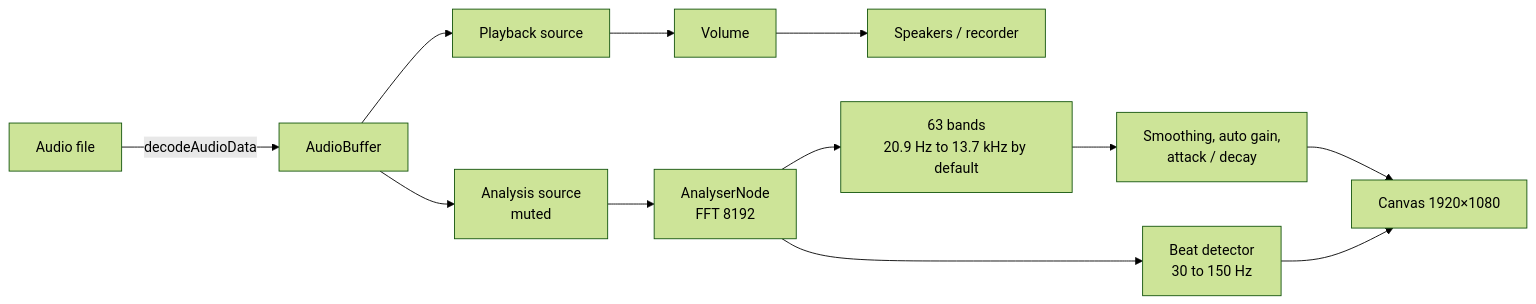
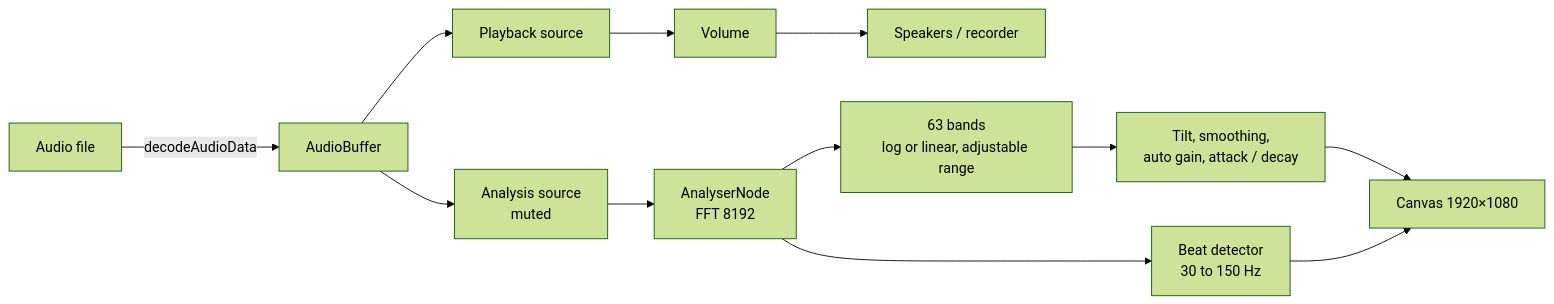
The diagram in README.md (NinTobias/nebulaviz), drawn with Mermaid (forest theme) before and after one commit. The commit also changed other lines of this file, not shown here.

````diff
--- a/README.md
+++ b/README.md
@@ -268,11 +120,11 @@
 ```mermaid
 flowchart LR
     A[Audio file] -->|decodeAudioData| B[AudioBuffer]
     B --> C[Playback source] --> D[Volume] --> E[Speakers / recorder]
     B --> F[Analysis source<br/>muted] --> G[AnalyserNode<br/>FFT 8192]
-    G --> H[63 bands<br/>20.9 Hz to 13.7 kHz by default]
-    H --> I[Smoothing, auto gain,<br/>attack / decay]
+    G --> H[63 bands<br/>log or linear, adjustable range]
+    H --> I[Tilt, smoothing,<br/>auto gain, attack / decay]
     I --> J[Canvas 1920×1080]
     G --> K[Beat detector<br/>30 to 150 Hz]
     K --> J
 ```
````
